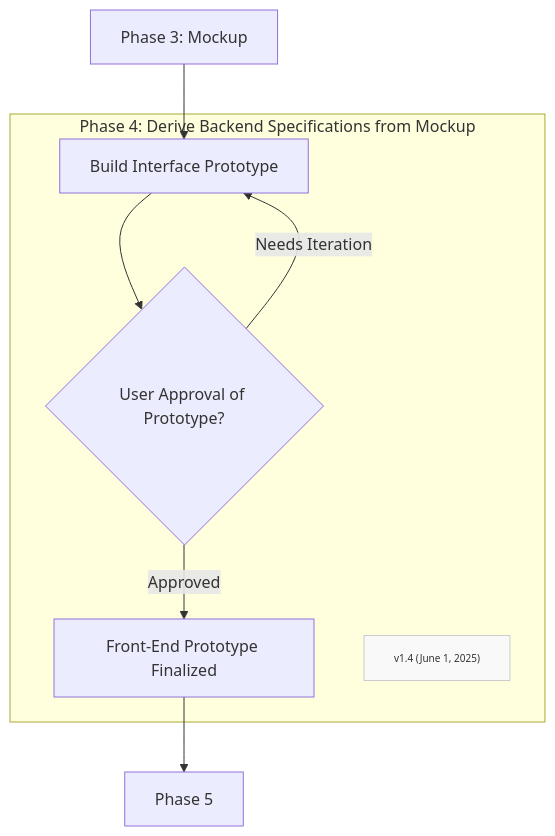
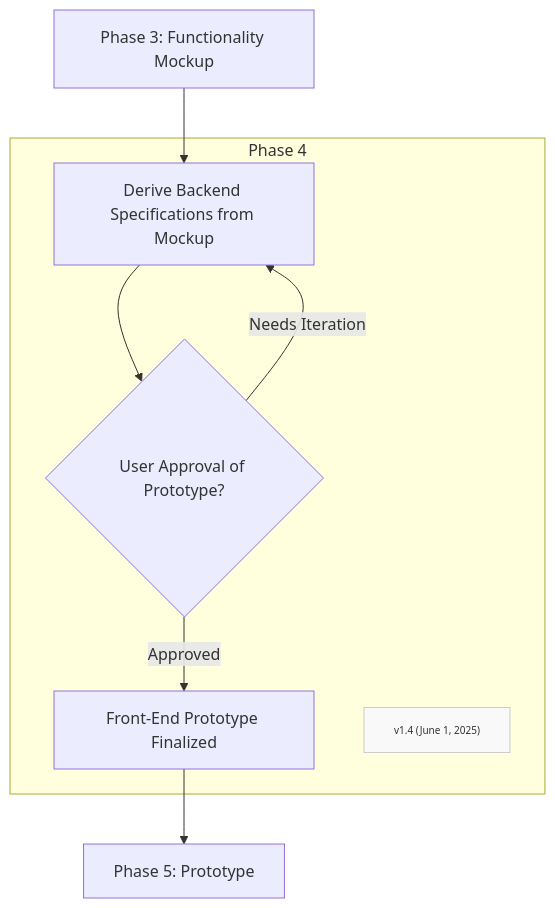
Before and after one commit to Mharbulous/Front-First-Method: the diagram in Phases/FF-phase4.md, drawn with Mermaid. The commit also changed 3 other files, not shown here.

````diff
--- a/Phases/FF-phase4.md
+++ b/Phases/FF-phase4.md
@@ -2,19 +2,19 @@
 ```mermaid
 graph TD
     
-B1["Phase 3: Mockup"]  --> B2["Build Interface Prototype"] 
+B1["Phase 3: Functionality Mockup"]  --> B2["Derive Backend Specifications from Mockup"] 
 
-    subgraph Phase4["Phase 4: Derive Backend Specifications from Mockup"]
+    subgraph Phase4["Phase 4"]
         B2 --> B3_Val{"User Approval of Prototype?"}
         B3_Val -->|Needs Iteration| B2
         B3_Val -->|Approved| C_Spec["Front-End Prototype Finalized"]
         Version["v1.4 (June 1, 2025)"]
         classDef version fill:#f9f9f9,stroke:#ccc,font-size:10px
         class Version version
         
     end
 
-C_Spec["Front-End Prototype Finalized"] --> Phase5["Phase 5"]
+C_Spec["Front-End Prototype Finalized"] --> Phase5["Phase 5: Prototype"]
 
 
 ```
````
